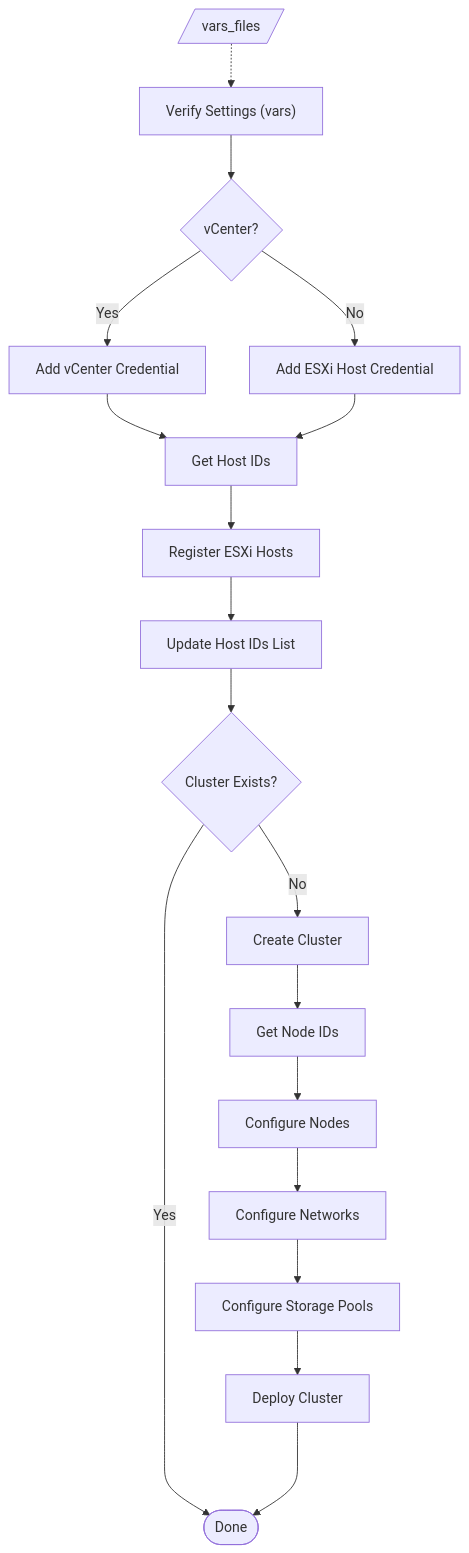
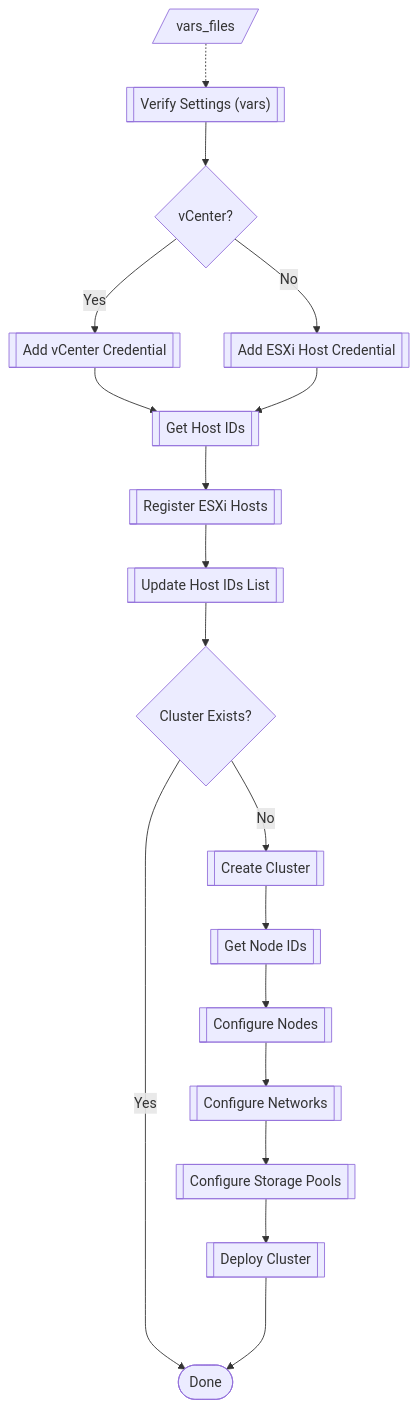
One commit to johncchampion/ots_cluster_create_ansible changed the diagram in README.md. Above: the diagram before and after it, drawn with Mermaid. The commit also changed other lines of this file, not shown here.

````diff
--- a/README.md
+++ b/README.md
@@ -59,27 +56,27 @@
 ```mermaid
 flowchart TB
     V1[/vars_files/]
-    T1["Verify Settings (vars)"]
+    T1[["Verify Settings (vars)"]]
     D1{vCenter?}
-    T2[Add vCenter Credential]
-    T3[Add ESXi Host Credential]
-    T4[Get Host IDs]
-    T5[Register ESXi Hosts]
-    T6[Update Host IDs List]
-    T7{Cluster Exists?}
-    T8[Create Cluster]
-    T9[Get Node IDs]
-    T10[Configure Nodes]
-    T11[Configure Networks]
-    T12[Configure Storage Pools]
-    T13[Deploy Cluster]
+    T2[[Add vCenter Credential]]
+    T3[[Add ESXi Host Credential]]
+    T4[[Get Host IDs]]
+    T5[[Register ESXi Hosts]]
+    T6[[Update Host IDs List]]
+    D2{Cluster Exists?}
+    T8[[Create Cluster]]
+    T9[[Get Node IDs]]
+    T10[[Configure Nodes]]
+    T11[[Configure Networks]]
+    T12[[Configure Storage Pools]]
+    T13[[Deploy Cluster]]
     V1 -.-> T1
     T1--> D1
     D1 --> |Yes| T2
     D1 --> |No| T3
     T2 --> T4
-    T3 --> T4 --> T5 --> T6 --> T7 
-    T7 --------> |Yes| X([Done])
-    T7 --> |No| T8
+    T3 --> T4 --> T5 --> T6 --> D2 
+    D2 --------> |Yes| X([Done])
+    D2 --> |No| T8
     T8 --> T9 --> T10 --> T11 --> T12 --> T13 ---> X
 ```
````
